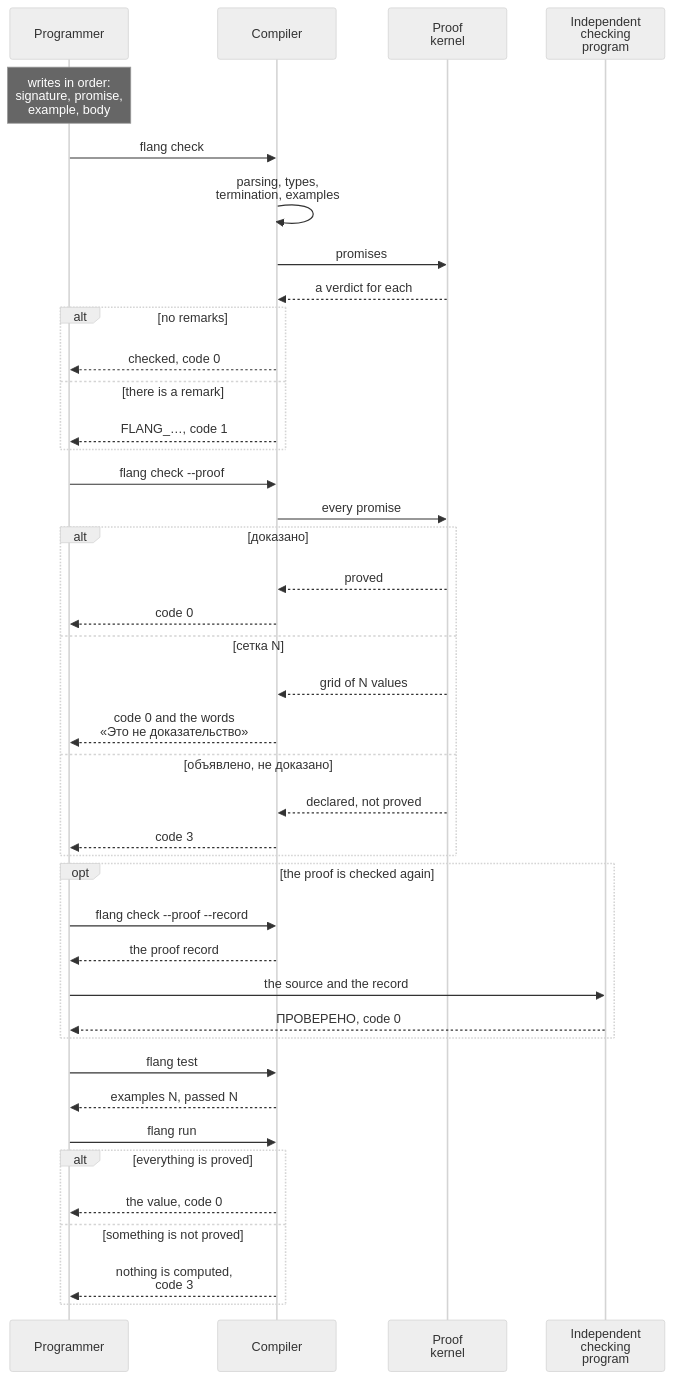
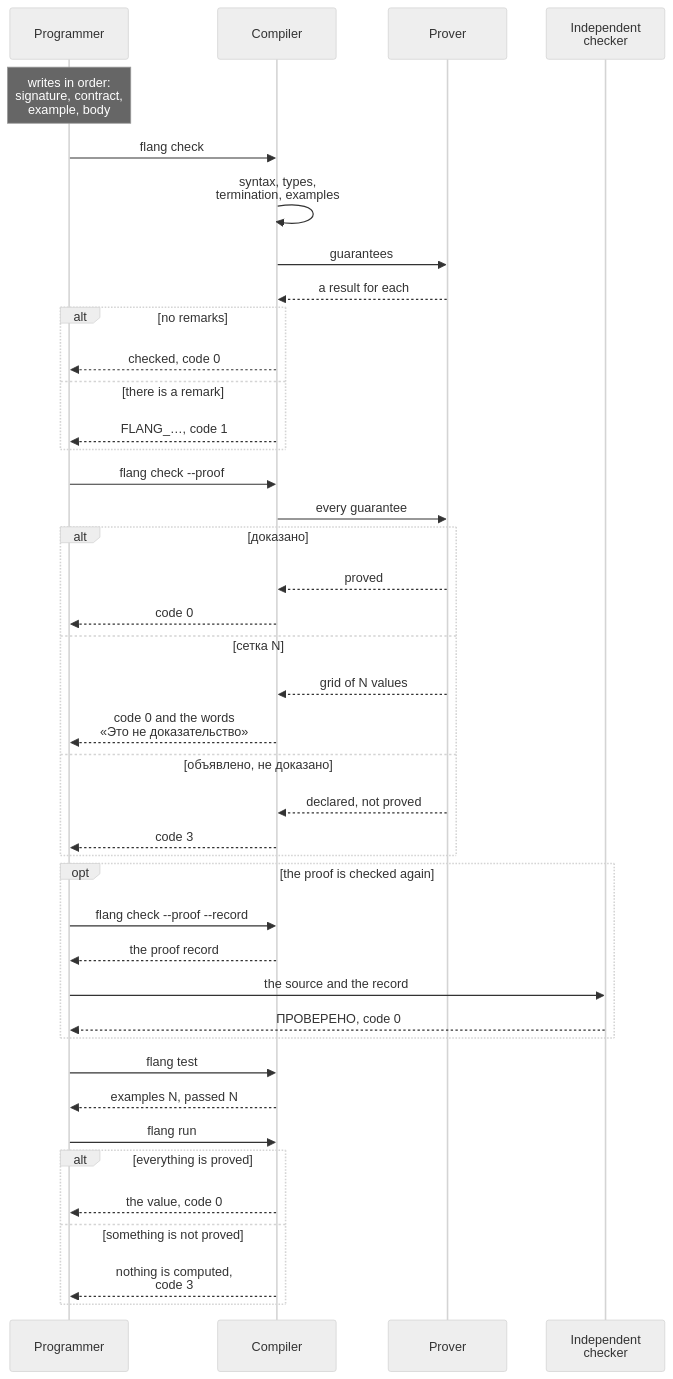
Before and after one commit to MyWWWChat/flang: the fourth of 4 diagrams in docs/site/which-construct.md, drawn with Mermaid (neutral theme). The commit also changed other lines of this file and 1 other file, not shown here.

````diff
--- a/docs/site/which-construct.md
+++ b/docs/site/which-construct.md
@@ -331,43 +379,43 @@
 ```mermaid Work on one function
 sequenceDiagram
   participant П as Programmer
   participant К as Compiler
-  participant Я as Proof<br>kernel
-  participant Н as Independent<br>checking<br>program
-  Note over П: writes in order:<br>signature, promise,<br>example, body
+  participant Я as Prover
+  participant Н as Independent<br>checker
+  Note over П: writes in order:<br>signature, contract,<br>example, body
   П->>К: flang check
-  К->>К: parsing, types,<br>termination, examples
-  К->>Я: promises
-  Я-->>К: a verdict for each
+  К->>К: syntax, types,<br>termination, examples
+  К->>Я: guarantees
+  Я-->>К: a result for each
   alt no remarks
     К-->>П: checked, code 0
   else there is a remark
     К-->>П: FLANG_…, code 1
   end
   П->>К: flang check --proof
-  К->>Я: every promise
+  К->>Я: every guarantee
   alt доказано
     Я-->>К: proved
     К-->>П: code 0
   else сетка N
     Я-->>К: grid of N values
     К-->>П: code 0 and the words<br>«Это не доказательство»
   else объявлено, не доказано
     Я-->>К: declared, not proved
     К-->>П: code 3
   end
   opt the proof is checked again
     П->>К: flang check --proof --record
     К-->>П: the proof record
     П->>Н: the source and the record
     Н-->>П: ПРОВЕРЕНО, code 0
   end
   П->>К: flang test
   К-->>П: examples N, passed N
   П->>К: flang run
   alt everything is proved
     К-->>П: the value, code 0
   else something is not proved
     К-->>П: nothing is computed,<br>code 3
   end
 ```
````
